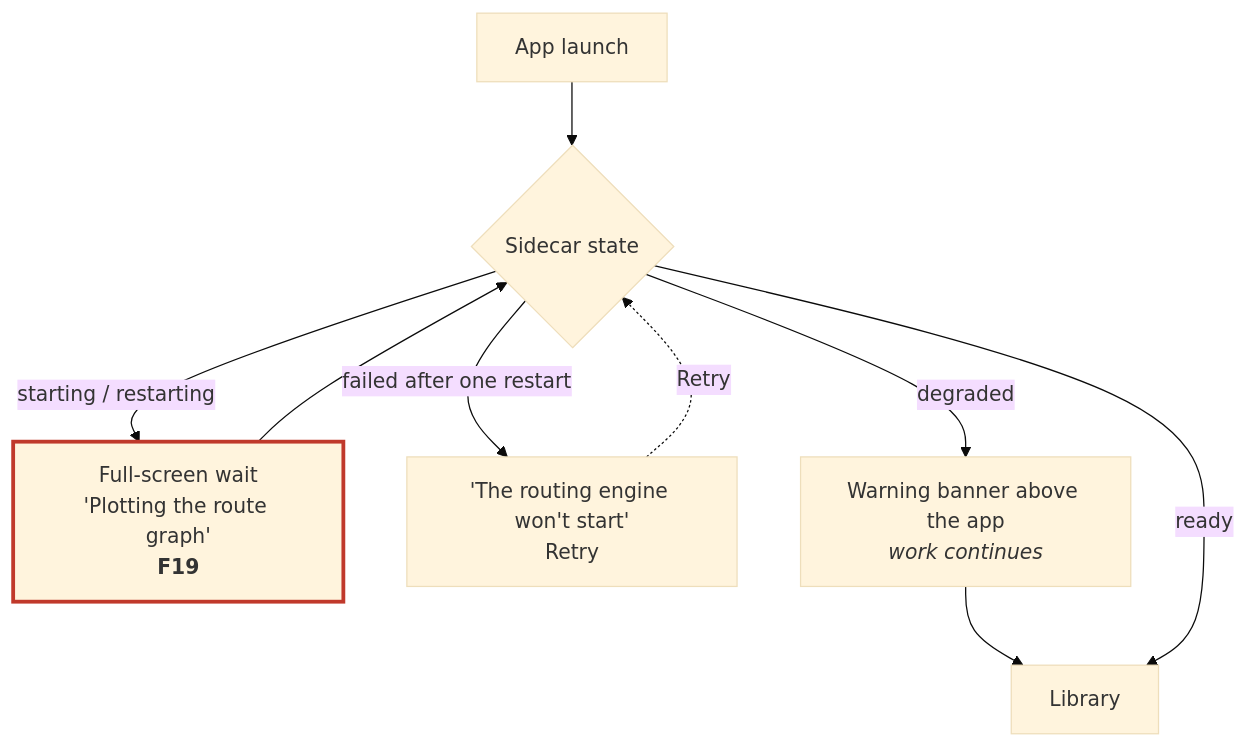
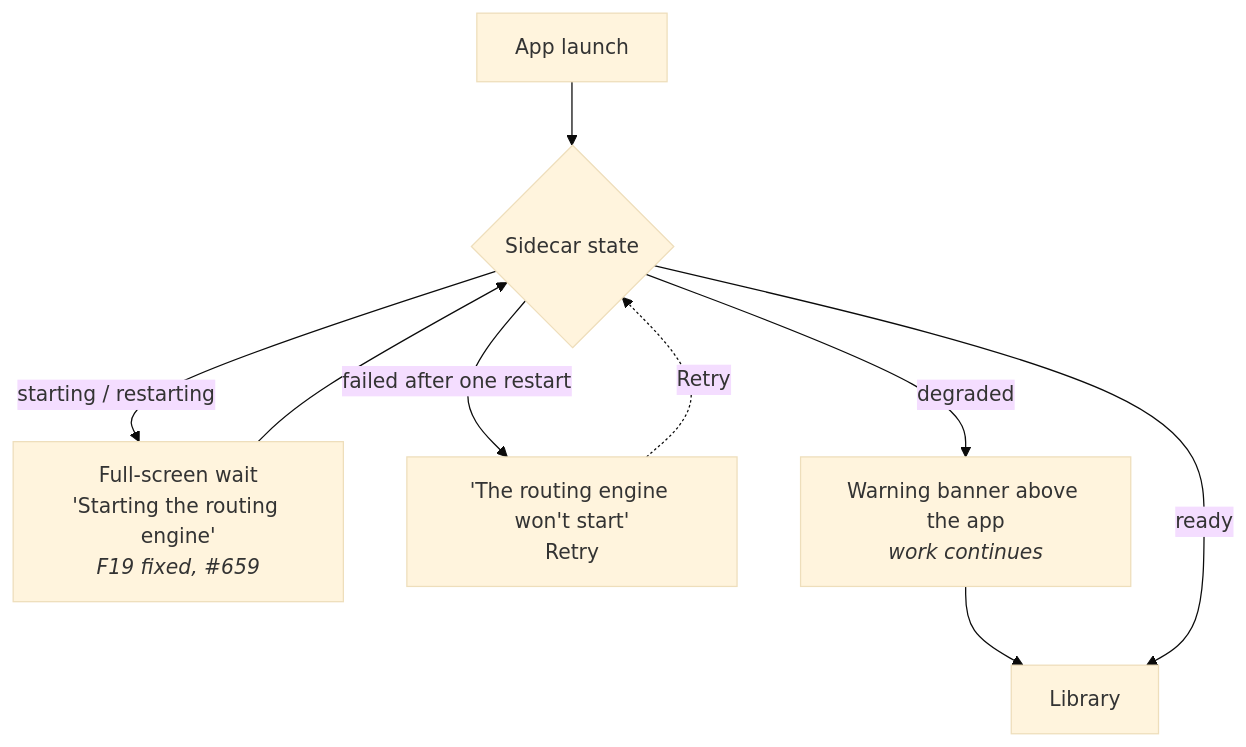
One commit to gnfrazier/plotlines changed the second of 11 diagrams in docs/Plotlines_Author_Flow_E2E.md. Above: the diagram before and after it, drawn with Mermaid (base theme). The commit also changed other lines of this file, not shown here.

First line of the commit message:
Draw the fixed Author flow: all 24 findings struck, with their PRs (v1.2)

````diff
--- a/docs/Plotlines_Author_Flow_E2E.md
+++ b/docs/Plotlines_Author_Flow_E2E.md
@@ -52,12 +52,12 @@
 ```mermaid
 flowchart TD
     A[App launch] --> B{Sidecar state}
-    B -->|starting / restarting| W["Full-screen wait<br/>'Plotting the route graph'<br/><b>F19</b>"]:::finding
+    B -->|starting / restarting| W["Full-screen wait<br/>'Starting the routing engine'<br/><i>F19 fixed, #659</i>"]
     W --> B
     B -->|failed after one restart| X["'The routing engine won't start'<br/>Retry"]
     X -.->|Retry| B
     B -->|degraded| D["Warning banner above the app<br/><i>work continues</i>"]
     D --> L[Library]
     B -->|ready| L
     classDef finding stroke:#c0392b,stroke-width:3px
 ```
````
